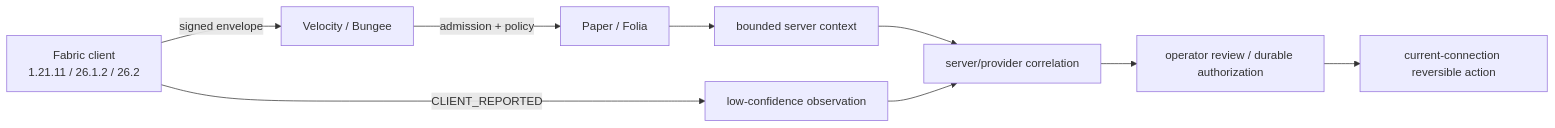
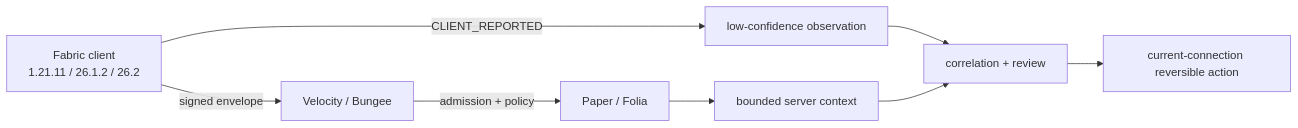
Before and after one commit to TypeThe0ry/MCAce: the diagram in README.md, drawn with Mermaid. The commit also changed other lines of this file and 17 other files, not shown here.

````diff
--- a/README.md
+++ b/README.md
@@ -166,11 +180,10 @@
 ```mermaid
 flowchart LR
-  client[Fabric client\n1.21.11 / 26.1.2 / 26.2] -->|signed envelope| proxy[Velocity / Bungee]
-  proxy -->|admission + policy| paper[Paper / Folia]
-  paper --> context[bounded server context]
-  client -->|CLIENT_REPORTED| observe[low-confidence observation]
-  context --> correlate[server/provider correlation]
-  observe --> correlate
-  correlate --> review[operator review / durable authorization]
-  review --> action[current-connection reversible action]
+  c[Fabric client\n1.21.11 / 26.1.2 / 26.2] -->|signed envelope| p[Velocity / Bungee]
+  p -->|admission + policy| s[Paper / Folia]
+  c -->|CLIENT_REPORTED| o[low-confidence observation]
+  s --> x[bounded server context]
+  o --> r[correlation + review]
+  x --> r
+  r --> a[current-connection reversible action]
 ```
````
